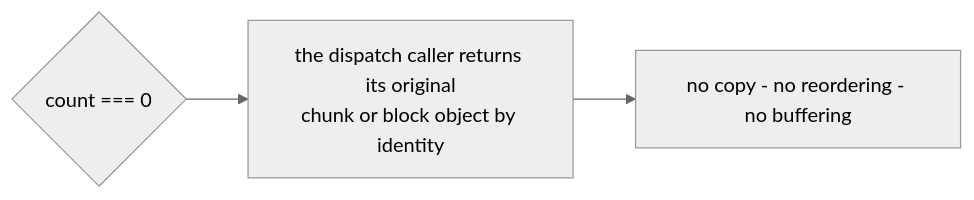
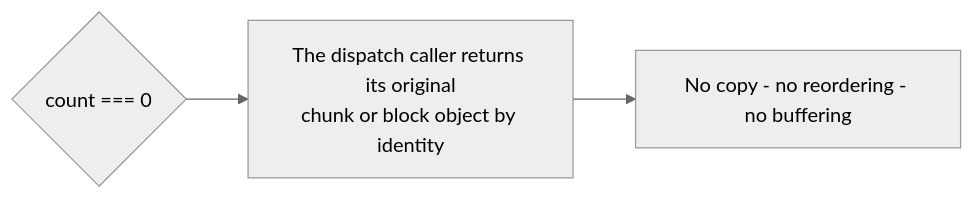
One commit to PlayForm/Site-DeepSeek changed the diagram in Source/Content/Mermaid/core-in-action-unchanged.mmd. Above: the diagram before and after it, drawn with Mermaid (neutral theme). The commit also changed 141 other files, not shown here.

```diff
--- a/Source/Content/Mermaid/core-in-action-unchanged.mmd
+++ b/Source/Content/Mermaid/core-in-action-unchanged.mmd
@@ -1,3 +1,3 @@
 flowchart LR
-	Z{"count === 0"} --> ID["the dispatch caller returns its original<br/>chunk or block object by identity"]
-	ID --> NO["no copy - no reordering - no buffering"]
+	Z{"count === 0"} --> ID["The dispatch caller returns its original<br/>chunk or block object by identity"]
+	ID --> NO["No copy - no reordering - no buffering"]
```
